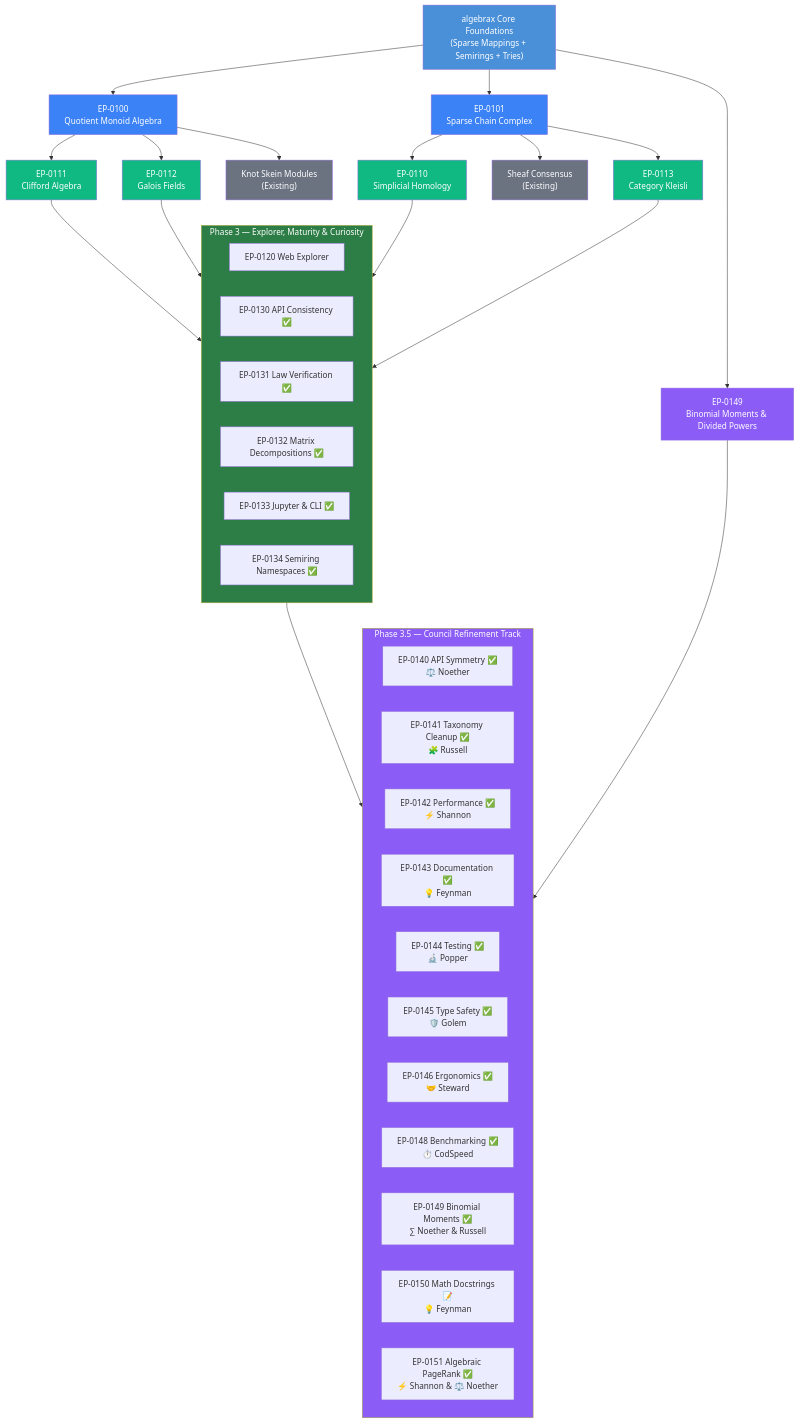
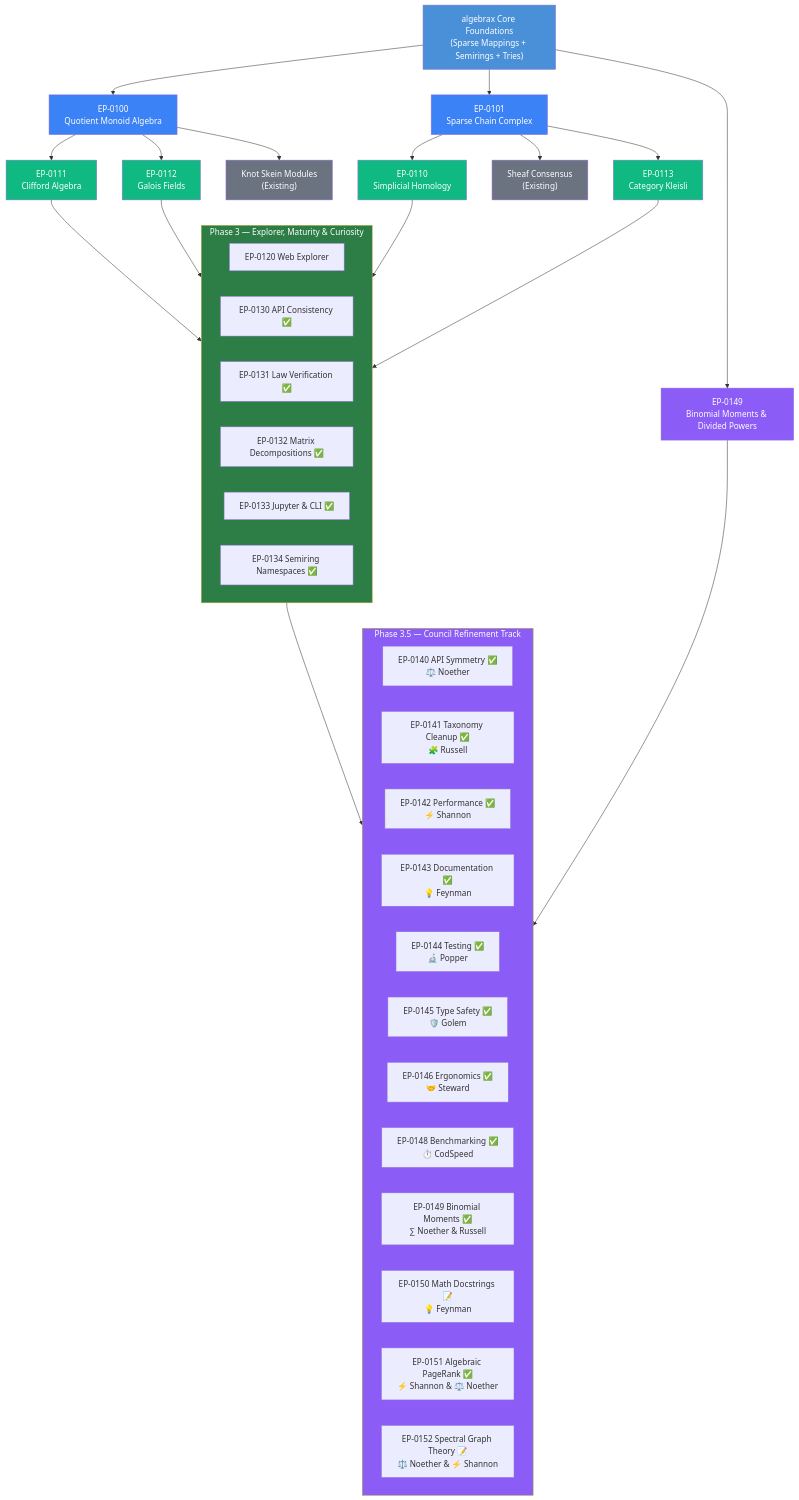
The diagram in docs/proposals/EP-0099-expansion-roadmap.md (erivlis/algebrax), drawn with Mermaid before and after one commit. The commit also changed other lines of this file and 2 other files, not shown here.

First line of the commit message:
docs(EP-0152): Add Spectral Graph Theory proposal and integrate into roadmap

````diff
--- a/docs/proposals/EP-0099-expansion-roadmap.md
+++ b/docs/proposals/EP-0099-expansion-roadmap.md
@@ -34,60 +35,61 @@
 ```mermaid
 flowchart TD
     CORE["algebrax Core Foundations\n(Sparse Mappings + Semirings + Tries)"]
 
     CORE --> EP0100["EP-0100\nQuotient Monoid Algebra"]
     CORE --> EP0101["EP-0101\nSparse Chain Complex"]
     CORE --> EP0149["EP-0149\nBinomial Moments & Divided Powers"]
 
     EP0100 --> EP0111["EP-0111\nClifford Algebra"]
     EP0100 --> EP0112["EP-0112\nGalois Fields"]
     EP0100 --> KNOT["Knot Skein Modules\n(Existing)"]
 
     EP0101 --> EP0110["EP-0110\nSimplicial Homology"]
     EP0101 --> SHEAF["Sheaf Consensus\n(Existing)"]
     EP0101 --> EP0113["EP-0113\nCategory Kleisli"]
 
     EP0110 --> P3
     EP0111 --> P3
     EP0112 --> P3
     EP0113 --> P3
     EP0149 --> P35
 
     subgraph P3["Phase 3 — Explorer, Maturity & Curiosity"]
         EP0120["EP-0120 Web Explorer"]
         EP0130["EP-0130 API Consistency ✅"]
         EP0131["EP-0131 Law Verification ✅"]
         EP0132["EP-0132 Matrix Decompositions ✅"]
         EP0133["EP-0133 Jupyter & CLI ✅"]
         EP0134["EP-0134 Semiring Namespaces ✅"]
     end
 
     P3 --> P35
 
     subgraph P35["Phase 3.5 — Council Refinement Track"]
         EP0140["EP-0140 API Symmetry ✅\n⚖️ Noether"]
         EP0141["EP-0141 Taxonomy Cleanup ✅\n🧩 Russell"]
         EP0142["EP-0142 Performance ✅\n⚡ Shannon"]
         EP0143["EP-0143 Documentation ✅\n💡 Feynman"]
         EP0144["EP-0144 Testing ✅\n🔬 Popper"]
         EP0145["EP-0145 Type Safety ✅\n🛡️ Golem"]
         EP0146["EP-0146 Ergonomics ✅\n🤝 Steward"]
         EP0148["EP-0148 Benchmarking ✅\n⏱️ CodSpeed"]
         EP0149_N["EP-0149 Binomial Moments ✅\n∑ Noether & Russell"]
         EP0150_N["EP-0150 Math Docstrings 📝\n💡 Feynman"]
         EP0151_N["EP-0151 Algebraic PageRank ✅\n⚡ Shannon & ⚖️ Noether"]
+        EP0152_N["EP-0152 Spectral Graph Theory 📝\n⚖️ Noether & ⚡ Shannon"]
     end
 
     style CORE fill:#4a90d9,color:#fff
     style P3 fill:#2d7d46,color:#fff
     style P35 fill:#8b5cf6,color:#fff
     style EP0100 fill:#3b82f6,color:#fff
     style EP0101 fill:#3b82f6,color:#fff
     style EP0110 fill:#10b981,color:#fff
     style EP0111 fill:#10b981,color:#fff
     style EP0112 fill:#10b981,color:#fff
     style EP0113 fill:#10b981,color:#fff
     style EP0149 fill:#8b5cf6,color:#fff
     style KNOT fill:#6b7280,color:#fff
     style SHEAF fill:#6b7280,color:#fff
 ```
````
